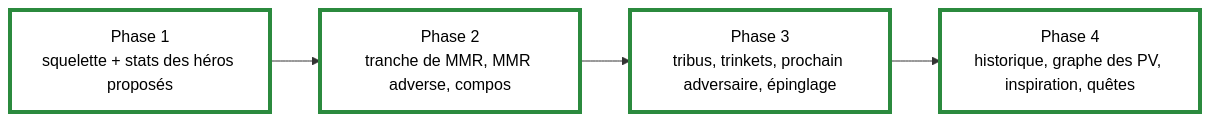
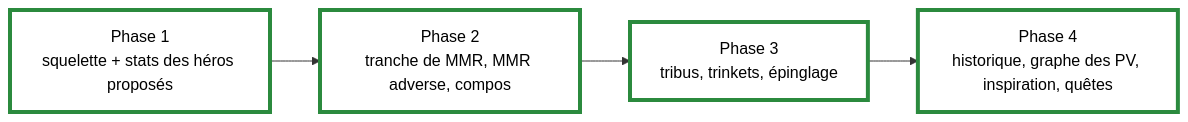
One commit to elphono/tavern-compass changed the diagram in docs/plans/2026-09-26-parite-tier7-plan.md. Above: the diagram before and after it, drawn with Mermaid. The commit also changed other lines of this file and 7 other files, not shown here.

First line of the commit message:
refactor(plugin): retrait du marqueur « prochain adversaire »

````diff
--- a/docs/plans/2026-09-26-parite-tier7-plan.md
+++ b/docs/plans/2026-09-26-parite-tier7-plan.md
@@ -9,8 +9,8 @@
 ```mermaid
 flowchart LR
     P1["Phase 1<br/>squelette + stats des héros proposés"] --> P2["Phase 2<br/>tranche de MMR, MMR adverse, compos"]
-    P2 --> P3["Phase 3<br/>tribus, trinkets, prochain adversaire, épinglage"]
+    P2 --> P3["Phase 3<br/>tribus, trinkets, épinglage"]
     P3 --> P4["Phase 4<br/>historique, graphe des PV, inspiration, quêtes"]
     classDef done fill:#ffffff,stroke:#2b8a3e,stroke-width:4px,color:#000000
     class P1,P2,P3,P4 done
 ```
````
